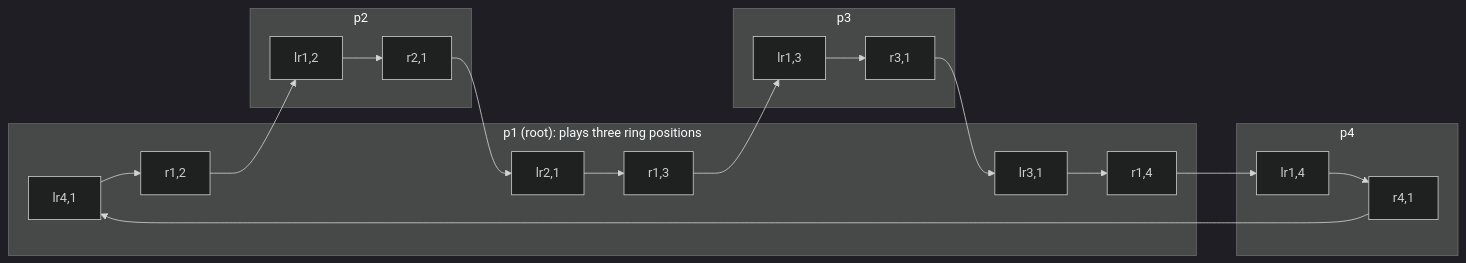
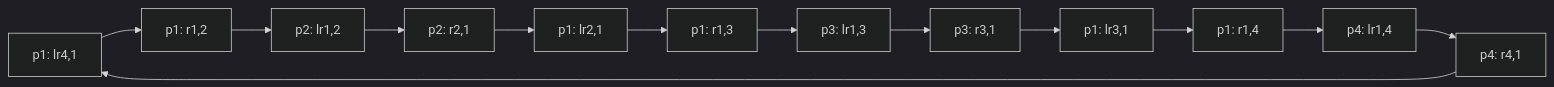
Before and after one commit to FahimMashroor/Chalmers_CSC: diagram 24 of 27 in EDA387-Computer-Networks/09-Spanning-Tree-Construction.md, drawn with Mermaid (dark theme). The commit also changed other lines of this file, not shown here.

Commit message:
Rewrite 09 Spanning Tree Construction in simple language with examples and diagrams

````diff
--- a/EDA387-Computer-Networks/09-Spanning-Tree-Construction.md
+++ b/EDA387-Computer-Networks/09-Spanning-Tree-Construction.md
@@ -491,16 +766,6 @@
 ```mermaid
 flowchart LR
-    subgraph P1["p1 (root): plays three ring positions"]
-        L41["lr4,1"]; R12["r1,2"]; L21["lr2,1"]; R13["r1,3"]; L31["lr3,1"]; R14["r1,4"]
-    end
-    subgraph P2["p2"]
-        L12["lr1,2"]; R21["r2,1"]
-    end
-    subgraph P3["p3"]
-        L13["lr1,3"]; R31["r3,1"]
-    end
-    subgraph P4["p4"]
-        L14["lr1,4"]; R41["r4,1"]
-    end
-    L41 --> R12 --> L12 --> R21 --> L21 --> R13 --> L13 --> R31 --> L31 --> R14 --> L14 --> R41 --> L41
+  L41["p1: lr4,1"] --> R12["p1: r1,2"] --> L12["p2: lr1,2"] --> R21["p2: r2,1"] --> L21["p1: lr2,1"] --> R13["p1: r1,3"]
+  R13 --> L13["p3: lr1,3"] --> R31["p3: r3,1"] --> L31["p1: lr3,1"] --> R14["p1: r1,4"] --> L14["p4: lr1,4"] --> R41["p4: r4,1"]
+  R41 --> L41
 ```
````
